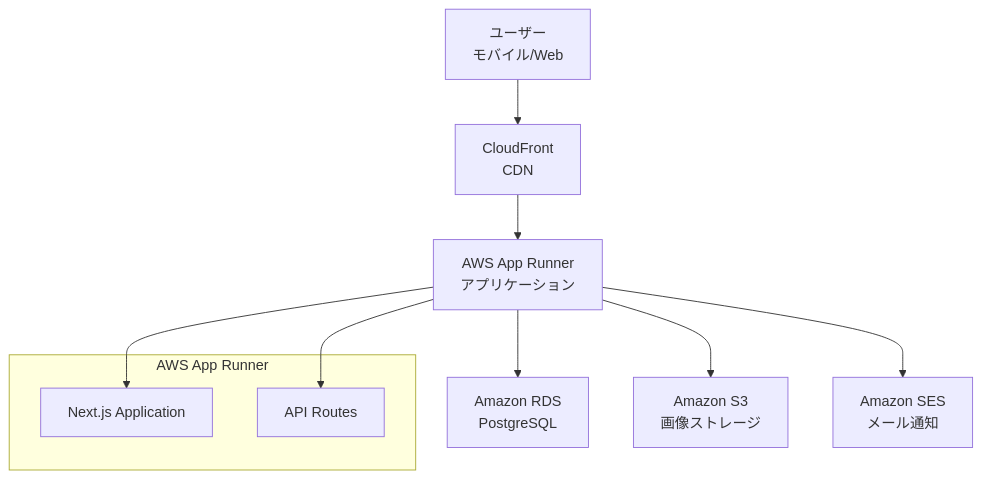
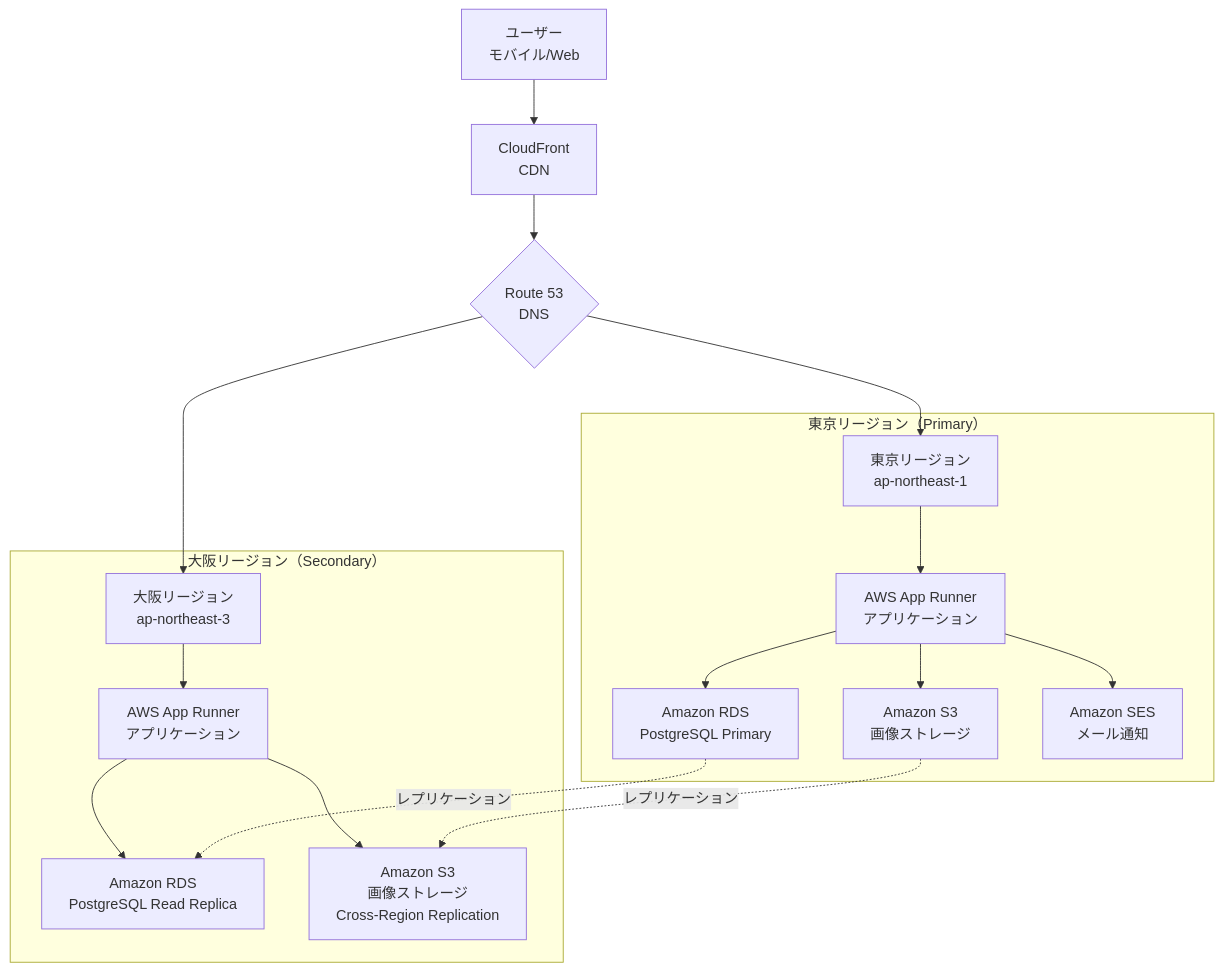
One commit to dik-ab/qa-test changed the first of 10 diagrams in diet_fitness_app_requirements.md. Above: the diagram before and after it, drawn with Mermaid. The commit also changed other lines of this file, not shown here.

Commit message:
feat: update architecture diagrams and availability requirements in diet fitness app documentation

````diff
--- a/diet_fitness_app_requirements.md
+++ b/diet_fitness_app_requirements.md
@@ -48,16 +48,33 @@
 ```mermaid
 graph TB
     A[ユーザー<br/>モバイル/Web] --> B[CloudFront<br/>CDN]
-    B --> C[AWS App Runner<br/>アプリケーション]
-    C --> D[Amazon RDS<br/>PostgreSQL]
-    C --> E[Amazon S3<br/>画像ストレージ]
-    C --> F[Amazon SES<br/>メール通知]
+    B --> C{Route 53<br/>DNS}
     
-    subgraph "AWS App Runner"
-        C1[Next.js Application]
-        C2[API Routes]
+    C --> D[東京リージョン<br/>ap-northeast-1]
+    C --> E[大阪リージョン<br/>ap-northeast-3]
+    
+    subgraph "東京リージョン（Primary）"
+        D1[AWS App Runner<br/>アプリケーション]
+        D2[Amazon RDS<br/>PostgreSQL Primary]
+        D3[Amazon S3<br/>画像ストレージ]
+        D4[Amazon SES<br/>メール通知]
+        
+        D --> D1
+        D1 --> D2
+        D1 --> D3
+        D1 --> D4
     end
     
-    C --> C1
-    C --> C2
+    subgraph "大阪リージョン（Secondary）"
+        E1[AWS App Runner<br/>アプリケーション]
+        E2[Amazon RDS<br/>PostgreSQL Read Replica]
+        E3[Amazon S3<br/>画像ストレージ<br/>Cross-Region Replication]
+        
+        E --> E1
+        E1 --> E2
+        E1 --> E3
+    end
+    
+    D2 -.->|レプリケーション| E2
+    D3 -.->|レプリケーション| E3
 ```
````
